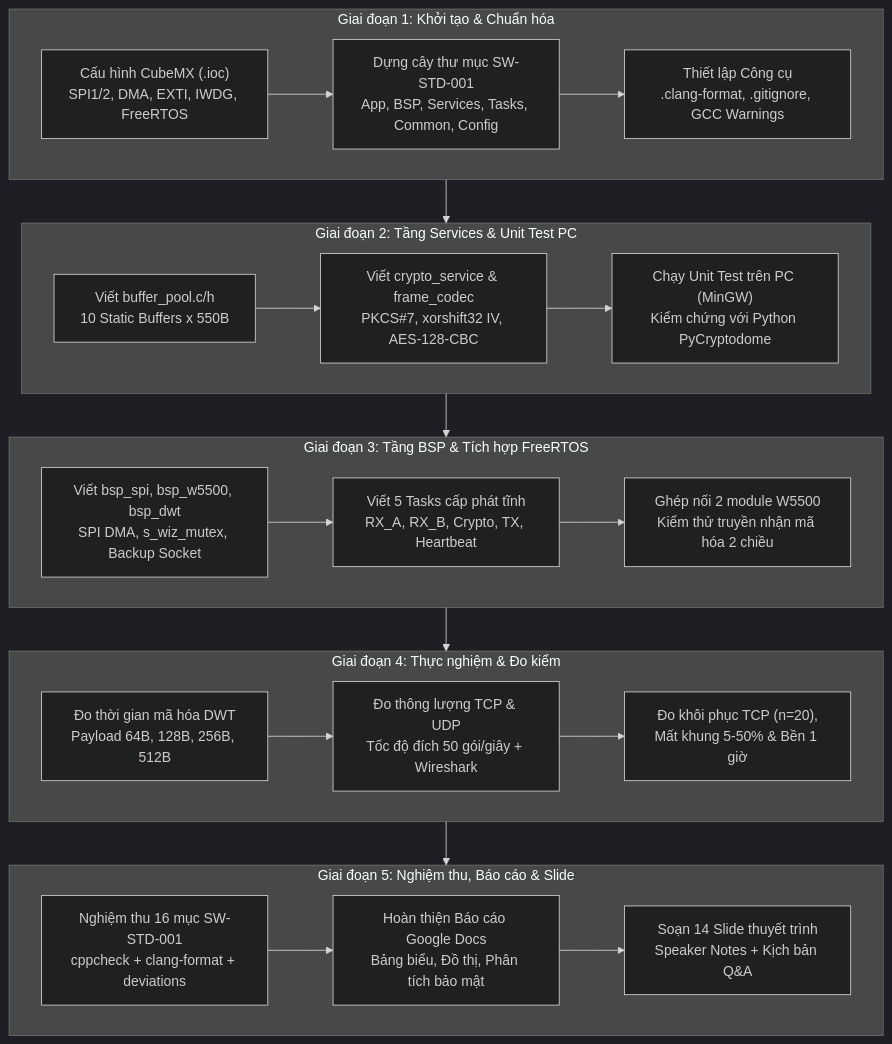
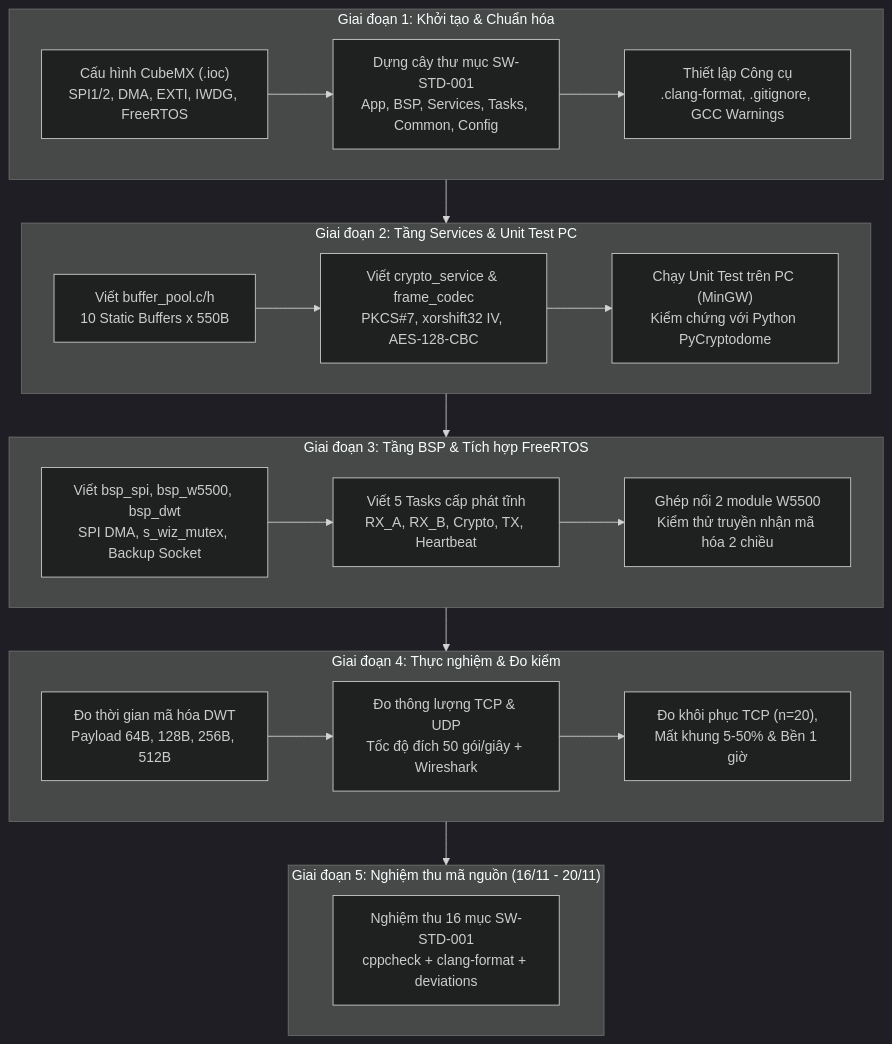
The first of 2 diagrams in README.md (Draconic211/Secure_Gateway_AES128_STM32), drawn with Mermaid (dark theme) before and after one commit.

````diff
--- a/README.md
+++ b/README.md
@@ -10,29 +10,28 @@
 ```mermaid
 flowchart TD
     subgraph G1["Giai đoạn 1: Khởi tạo & Chuẩn hóa"]
         A1["Cấu hình CubeMX (.ioc)<br/>SPI1/2, DMA, EXTI, IWDG, FreeRTOS"] --> A2["Dựng cây thư mục SW-STD-001<br/>App, BSP, Services, Tasks, Common, Config"]
         A2 --> A3["Thiết lập Công cụ<br/>.clang-format, .gitignore, GCC Warnings"]
     end
 
     subgraph G2["Giai đoạn 2: Tầng Services & Unit Test PC"]
         B1["Viết buffer_pool.c/h<br/>10 Static Buffers x 550B"] --> B2["Viết crypto_service & frame_codec<br/>PKCS#7, xorshift32 IV, AES-128-CBC"]
         B2 --> B3["Chạy Unit Test trên PC (MinGW)<br/>Kiểm chứng với Python PyCryptodome"]
     end
 
     subgraph G3["Giai đoạn 3: Tầng BSP & Tích hợp FreeRTOS"]
         C1["Viết bsp_spi, bsp_w5500, bsp_dwt<br/>SPI DMA, s_wiz_mutex, Backup Socket"] --> C2["Viết 5 Tasks cấp phát tĩnh<br/>RX_A, RX_B, Crypto, TX, Heartbeat"]
         C2 --> C3["Ghép nối 2 module W5500<br/>Kiểm thử truyền nhận mã hóa 2 chiều"]
     end
 
     subgraph G4["Giai đoạn 4: Thực nghiệm & Đo kiểm"]
         D1["Đo thời gian mã hóa DWT<br/>Payload 64B, 128B, 256B, 512B"] --> D2["Đo thông lượng TCP & UDP<br/>Tốc độ đích 50 gói/giây + Wireshark"]
         D2 --> D3["Đo khôi phục TCP (n=20),<br/>Mất khung 5-50% & Bền 1 giờ"]
     end
 
-    subgraph G5["Giai đoạn 5: Nghiệm thu, Báo cáo & Slide"]
-        E1["Nghiệm thu 16 mục SW-STD-001<br/>cppcheck + clang-format + deviations"] --> E2["Hoàn thiện Báo cáo Google Docs<br/>Bảng biểu, Đồ thị, Phân tích bảo mật"]
-        E2 --> E3["Soạn 14 Slide thuyết trình<br/>Speaker Notes + Kịch bản Q&A"]
+    subgraph G5["Giai đoạn 5: Nghiệm thu mã nguồn (16/11 - 20/11)"]
+        E1["Nghiệm thu 16 mục SW-STD-001<br/>cppcheck + clang-format + deviations"]
     end
 
     G1 --> G2 --> G3 --> G4 --> G5
 ```
````
